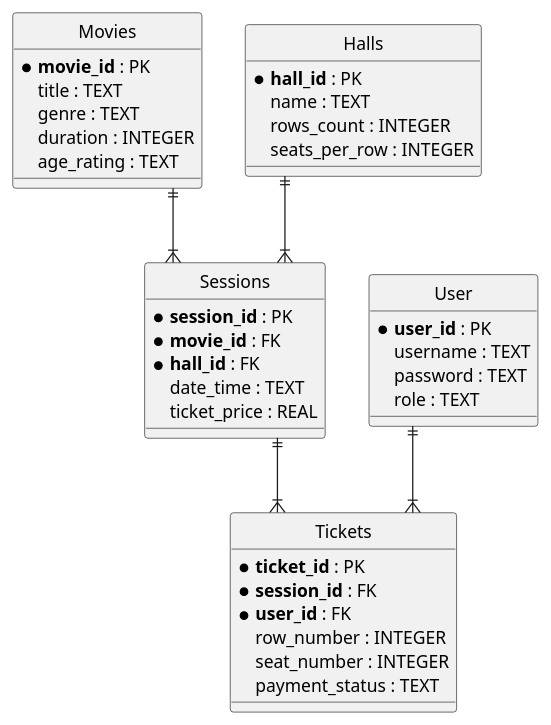
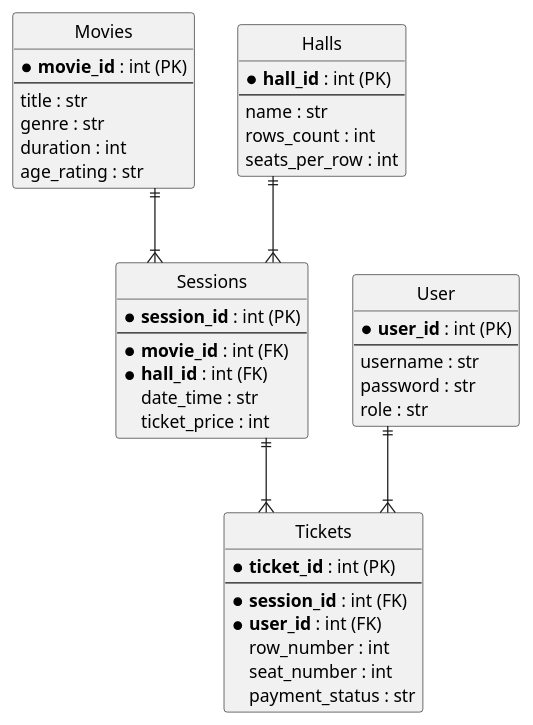
One commit to Michael-krutisha/Data_Cinema changed the diagram in docs/ER-diagramma.puml. Above: the diagram before and after it, drawn with PlantUML.

Commit message:
диаграмма кодом

```diff
--- a/docs/ER-diagramma.puml
+++ b/docs/ER-diagramma.puml
@@ -1,53 +1,58 @@
 @startuml
-' Настройка стиля отображения связей и сущностей
+' Настройка стиля отображения
 hide circle
 skinparam linetype ortho
 skinparam monochrome false
 skinparam shadowing false
 
 entity "Movies" as movies {
-  * **movie_id** : PK
-  title : TEXT
-  genre : TEXT
-  duration : INTEGER
-  age_rating : TEXT
+  * **movie_id** : int (PK)
+  --
+  title : str
+  genre : str
+  duration : int
+  age_rating : str
 }
 
 entity "Halls" as halls {
-  * **hall_id** : PK
-  name : TEXT
-  rows_count : INTEGER
-  seats_per_row : INTEGER
+  * **hall_id** : int (PK)
+  --
+  name : str
+  rows_count : int
+  seats_per_row : int
 }
 
 entity "User" as user {
-  * **user_id** : PK
-  username : TEXT
-  password : TEXT
-  role : TEXT
+  * **user_id** : int (PK)
+  --
+  username : str
+  password : str
+  role : str
 }
 
 entity "Sessions" as sessions {
-  * **session_id** : PK
-  * **movie_id** : FK
-  * **hall_id** : FK
-  date_time : TEXT
-  ticket_price : REAL
+  * **session_id** : int (PK)
+  --
+  * **movie_id** : int (FK)
+  * **hall_id** : int (FK)
+  date_time : str
+  ticket_price : int
 }
 
 entity "Tickets" as tickets {
-  * **ticket_id** : PK
-  * **session_id** : FK
-  * **user_id** : FK
-  row_number : INTEGER
-  seat_number : INTEGER
-  payment_status : TEXT
+  * **ticket_id** : int (PK)
+  --
+  * **session_id** : int (FK)
+  * **user_id** : int (FK)
+  row_number : int
+  seat_number : int
+  payment_status : str
 }
 
-' Определение связей "Один ко Многим" (1:N) строго по твоей схеме
+' Определение связей "Один ко Многим" (1:N)
 movies ||--|{ sessions
 halls  ||--|{ sessions
 user   ||--|{ tickets
 sessions ||--|{ tickets
 
 @enduml
```
